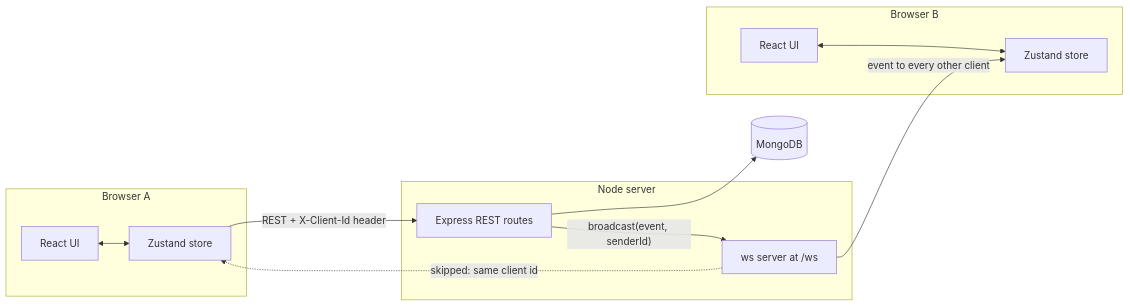
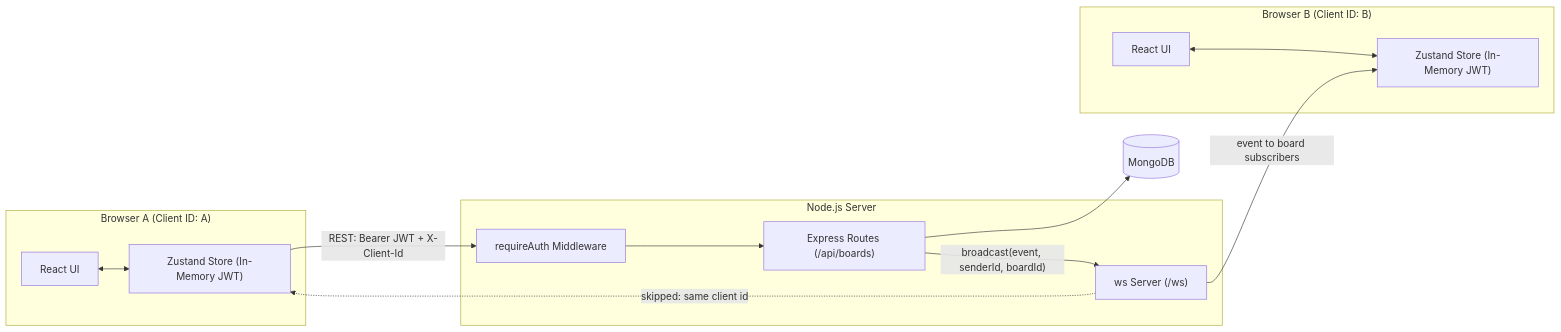
Before and after one commit to Sharvani-Shriya/CardStock: the first of 2 diagrams in README.md, drawn with Mermaid. The commit also changed other lines of this file and 5 other files, not shown here.

````diff
--- a/README.md
+++ b/README.md
@@ -112,20 +158,22 @@
 ```mermaid
 flowchart LR
-  subgraph clientA["Browser A"]
-    uiA["React UI"] <--> storeA["Zustand store"]
+  subgraph clientA["Browser A (Client ID: A)"]
+    uiA["React UI"] <--> storeA["Zustand Store (In-Memory JWT)"]
   end
-  subgraph clientB["Browser B"]
-    uiB["React UI"] <--> storeB["Zustand store"]
+  subgraph clientB["Browser B (Client ID: B)"]
+    uiB["React UI"] <--> storeB["Zustand Store (In-Memory JWT)"]
   end
-  subgraph srv["Node server"]
-    rest["Express REST routes"]
-    ws["ws server at /ws"]
-    rest -->|"broadcast(event, senderId)"| ws
+  subgraph srv["Node.js Server"]
+    authMid["requireAuth Middleware"]
+    rest["Express Routes (/api/boards)"]
+    ws["ws Server (/ws)"]
+    authMid --> rest
+    rest -->|"broadcast(event, senderId, boardId)"| ws
   end
   db[("MongoDB")]
 
-  storeA -->|"REST + X-Client-Id header"| rest
+  storeA -->|"REST: Bearer JWT + X-Client-Id"| authMid
   rest --> db
-  ws -->|"event to every other client"| storeB
+  ws -->|"event to board subscribers"| storeB
   ws -.->|"skipped: same client id"| storeA
 ```
````
